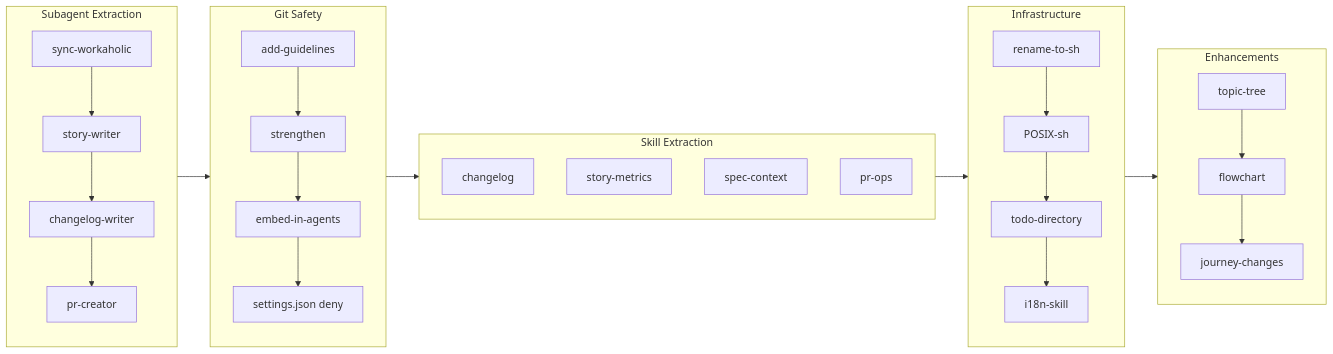
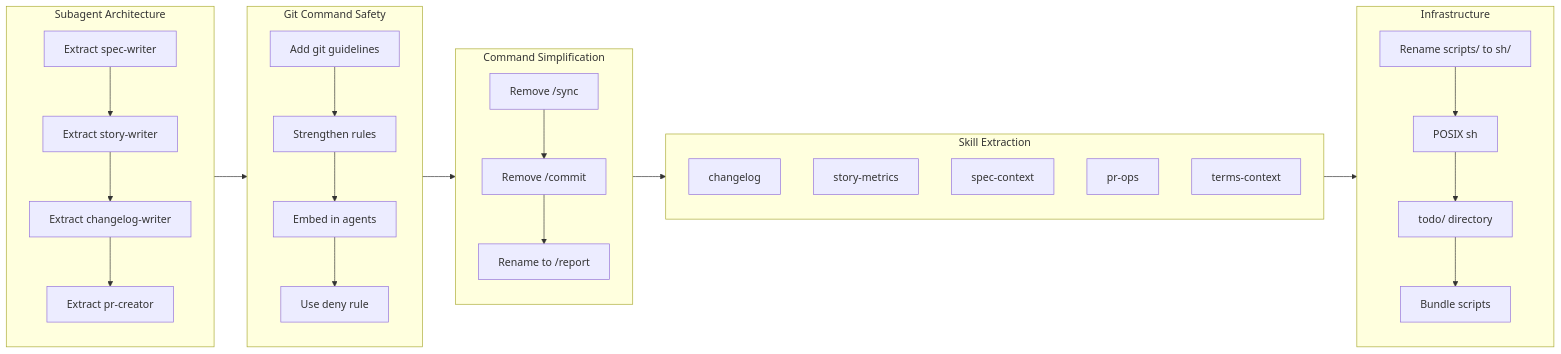
Before and after one commit to qmu/workaholic: the first of 2 diagrams in .workaholic/stories/feat-20260126-214833.md, drawn with Mermaid. The commit also changed other lines of this file and 30 other files, not shown here.

````diff
--- a/.workaholic/stories/feat-20260126-214833.md
+++ b/.workaholic/stories/feat-20260126-214833.md
@@ -15,19 +15,24 @@
 ```mermaid
 flowchart LR
-    subgraph Phase1[Subagent Extraction]
-        s1[sync-workaholic] --> s2[story-writer] --> s3[changelog-writer] --> s4[pr-creator]
-    end
-    subgraph Phase2[Git Safety]
-        g1[add-guidelines] --> g2[strengthen] --> g3[embed-in-agents] --> g4[settings.json deny]
-    end
-    subgraph Phase3[Skill Extraction]
-        k1[changelog] & k2[story-metrics] & k3[spec-context] & k4[pr-ops]
-    end
-    subgraph Phase4[Infrastructure]
-        i1[rename-to-sh] --> i2[POSIX-sh] --> i3[todo-directory] --> i4[i18n-skill]
-    end
-    subgraph Phase5[Enhancements]
-        e1[topic-tree] --> e2[flowchart] --> e3[journey-changes]
-    end
-    Phase1 --> Phase2 --> Phase3 --> Phase4 --> Phase5
+  subgraph Subagents[Subagent Architecture]
+    s1[Extract spec-writer] --> s2[Extract story-writer] --> s3[Extract changelog-writer] --> s4[Extract pr-creator]
+  end
+
+  subgraph GitSafety[Git Command Safety]
+    g1[Add git guidelines] --> g2[Strengthen rules] --> g3[Embed in agents] --> g4[Use deny rule]
+  end
+
+  subgraph Commands[Command Simplification]
+    c1[Remove /sync] --> c2[Remove /commit] --> c3[Rename to /report]
+  end
+
+  subgraph Skills[Skill Extraction]
+    k1[changelog] & k2[story-metrics] & k3[spec-context] & k4[pr-ops] & k5[terms-context]
+  end
+
+  subgraph Infra[Infrastructure]
+    i1[Rename scripts/ to sh/] --> i2[POSIX sh] --> i3[todo/ directory] --> i4[Bundle scripts]
+  end
+
+  Subagents --> GitSafety --> Commands --> Skills --> Infra
 ```
````
